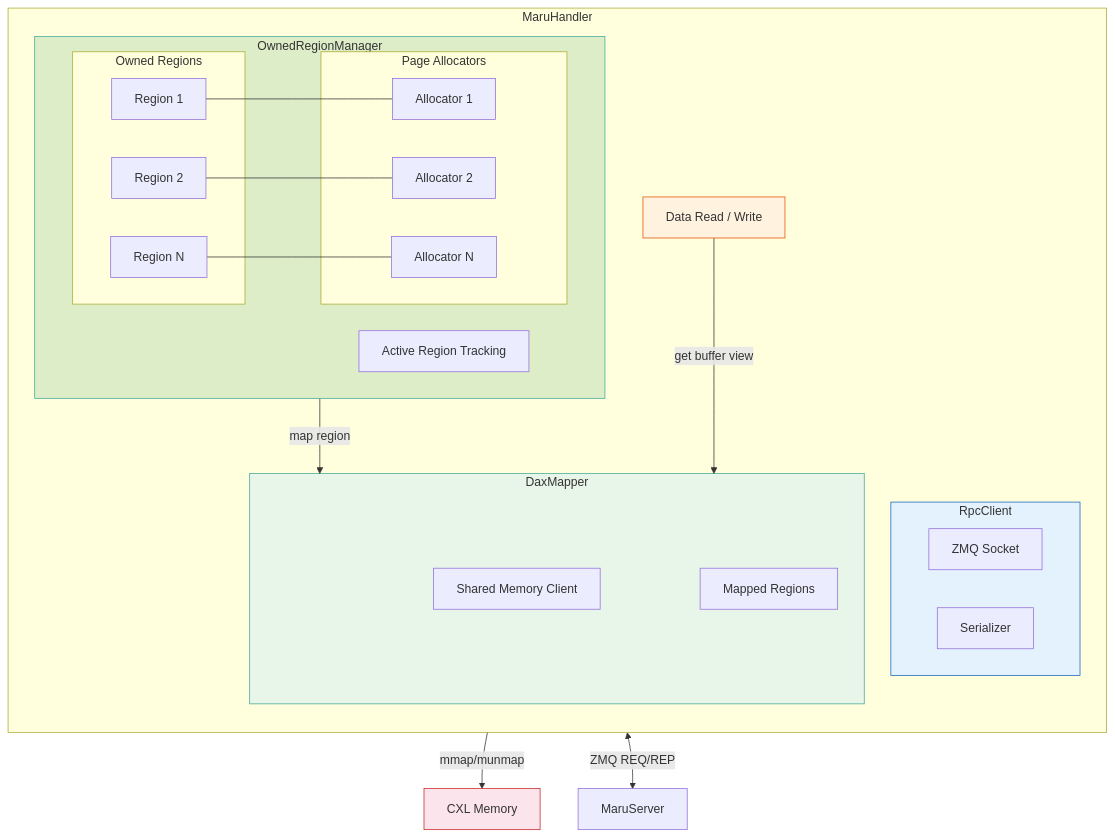
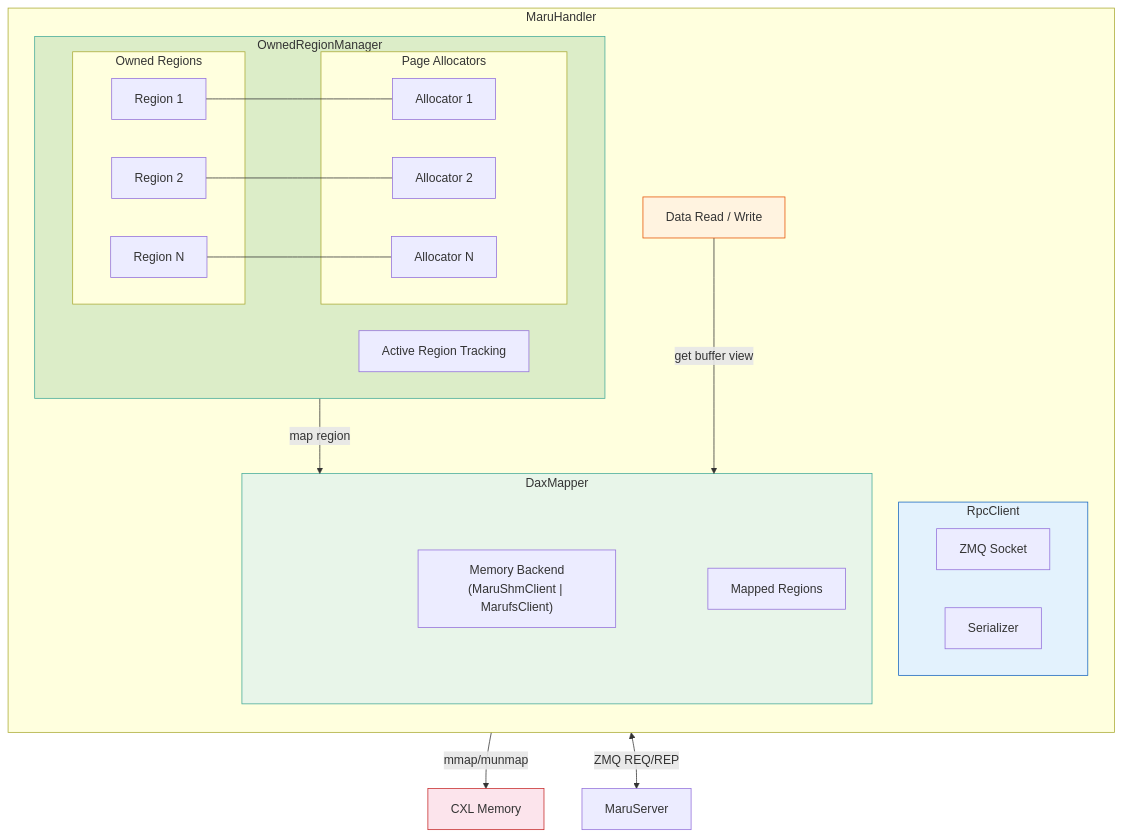
One commit to xcena-dev/maru changed the first of 6 diagrams in docs/source/design_doc/maru_handler.md. Above: the diagram before and after it, drawn with Mermaid. The commit also changed other lines of this file and 3 other files, not shown here.

First line of the commit message:
docs: update design docs to reflect marufs hybrid architecture

````diff
--- a/docs/source/design_doc/maru_handler.md
+++ b/docs/source/design_doc/maru_handler.md
@@ -12,47 +12,47 @@
 ```mermaid
 graph TB
     subgraph MaruHandler["MaruHandler"]
         direction TB
 
         RW["Data Read / Write"]
 
         subgraph RPC_box["RpcClient"]
             ZMQ["ZMQ Socket"]
             SER["Serializer"]
         end
 
         subgraph DM_box["DaxMapper"]
-            SHM["Shared Memory Client"]
+            SHM["Memory Backend<br/>(MaruShmClient | MarufsClient)"]
             MR["Mapped Regions"]
         end
 
         subgraph ORM_box["OwnedRegionManager"]
             ACTIVE["Active Region Tracking"]
             subgraph regions["Owned Regions"]
                 OR1["Region 1"]
                 OR2["Region 2"]
                 ORN["Region N"]
             end
             subgraph allocators["Page Allocators"]
                 PA1["Allocator 1"]
                 PA2["Allocator 2"]
                 PAN["Allocator N"]
             end
         end
     end
 
     OR1 --- PA1
     OR2 --- PA2
     ORN --- PAN
 
     ORM_box -->|"map region"| DM_box
     RW -->|"get buffer view"| DM_box
     RPC_box <-->|"ZMQ REQ/REP"| Server["MaruServer"]
     SHM -->|"mmap/munmap"| CXL["CXL Memory"]
 
     style RW fill:#fff3e0,stroke:#e65100
     style DM_box fill:#e8f5e9,stroke:#4a9
     style ORM_box fill:#dcedc8,stroke:#4a9
     style RPC_box fill:#e3f2fd,stroke:#1565c0
     style CXL fill:#fce4ec,stroke:#c62828
 ```
````
